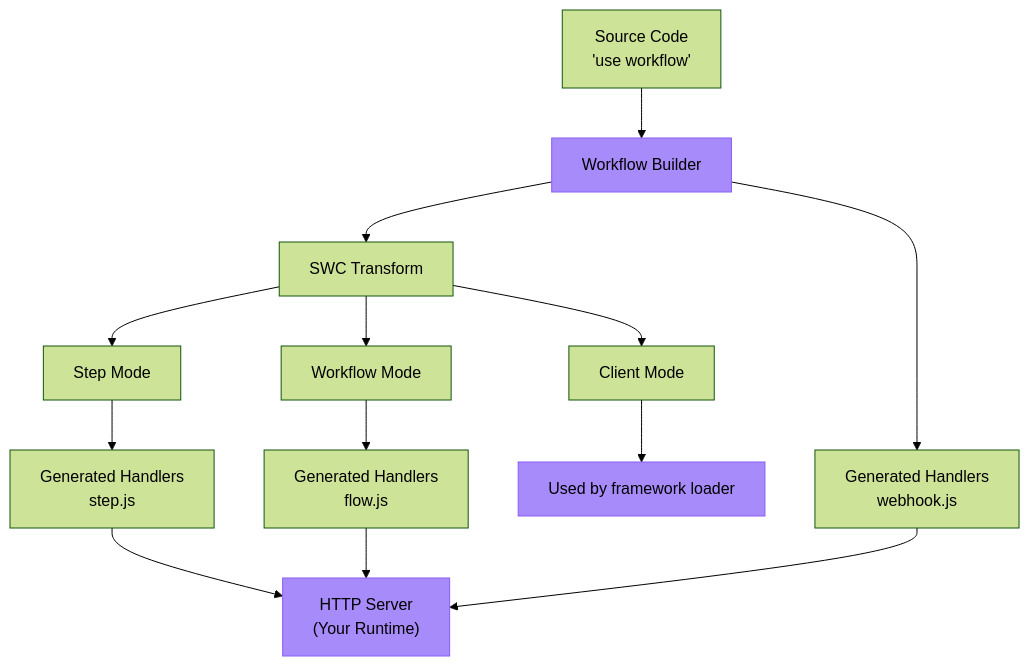
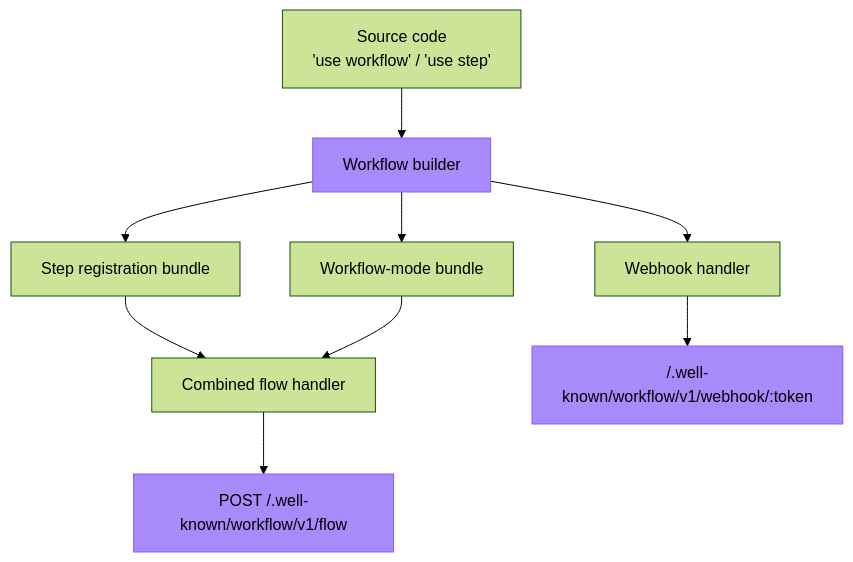
Before and after one commit to vercel/workflow: the diagram in docs/content/docs/v5/how-it-works/framework-integrations.mdx, drawn with Mermaid (forest theme). The commit also changed other lines of this file and 85 other files, not shown here.

````diff
--- a/docs/content/docs/v5/how-it-works/framework-integrations.mdx
+++ b/docs/content/docs/v5/how-it-works/framework-integrations.mdx
@@ -29,19 +29,15 @@
 ```mermaid
 flowchart TD
-    A["Source Code<br/>'use workflow'"] --> B["Workflow Builder"]
-    B --> C["SWC Transform"]
-    C --> D["Step Mode"]
-    C --> E["Workflow Mode"]
-    C --> F["Client Mode"]
-    D --> G["Generated Handlers<br/>step.js"]
-    E --> H["Generated Handlers<br/>flow.js"]
-    B --> L["Generated Handlers<br/>webhook.js"]
-    F --> I["Used by framework loader"]
-    G --> J["HTTP Server<br/>(Your Runtime)"]
-    H --> J
-    L --> J
+    A["Source code<br/>'use workflow' / 'use step'"] --> B["Workflow builder"]
+    B --> C["Workflow-mode bundle"]
+    B --> D["Step registration bundle"]
+    D --> E["Combined flow handler"]
+    C --> E
+    B --> F["Webhook handler"]
+    E --> G["POST /.well-known/workflow/v1/flow"]
+    F --> H["/.well-known/workflow/v1/webhook/:token"]
 
     style B fill:#a78bfa,stroke:#8b5cf6,color:#000
-    style I fill:#a78bfa,stroke:#8b5cf6,color:#000
-    style J fill:#a78bfa,stroke:#8b5cf6,color:#000
+    style G fill:#a78bfa,stroke:#8b5cf6,color:#000
+    style H fill:#a78bfa,stroke:#8b5cf6,color:#000
 ```
````
